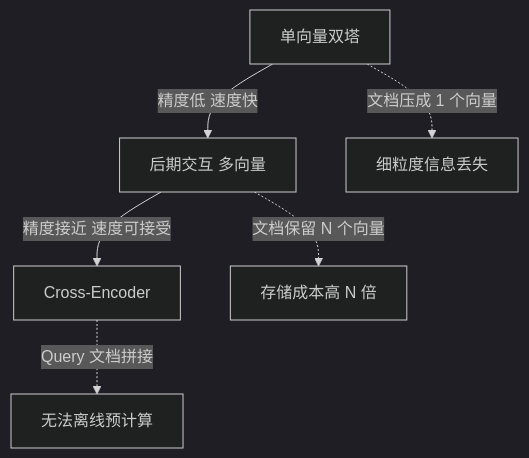
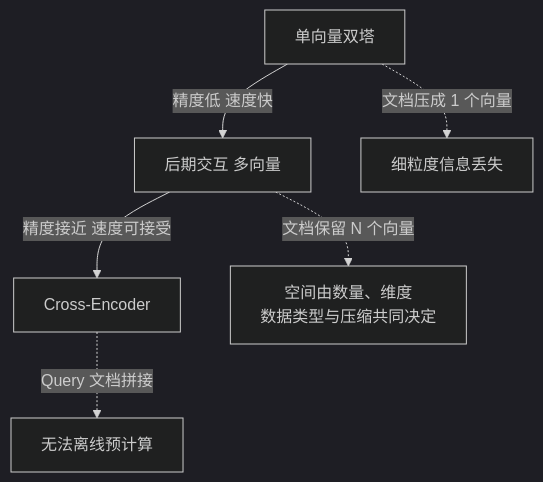
Before and after one commit to oneleaveknowsthefall/awesome-ai-roadmap: the third of 3 diagrams in docs/rag/02-ingestion-indexing/06-embedding-principles.md, drawn with Mermaid (dark theme). The commit also changed other lines of this file and 61 other files, not shown here.

````diff
--- a/docs/rag/02-ingestion-indexing/06-embedding-principles.md
+++ b/docs/rag/02-ingestion-indexing/06-embedding-principles.md
@@ -115,8 +119,8 @@
 ```mermaid
 flowchart TB
     A[单向量双塔] -->|精度低 速度快| B[后期交互 多向量]
     B -->|精度接近 速度可接受| C[Cross-Encoder]
     A -.->|文档压成 1 个向量| A1[细粒度信息丢失]
-    B -.->|文档保留 N 个向量| B1[存储成本高 N 倍]
+    B -.->|文档保留 N 个向量| B1[空间由数量、维度<br/>数据类型与压缩共同决定]
     C -.->|Query 文档拼接| C1[无法离线预计算]
 ```
````
